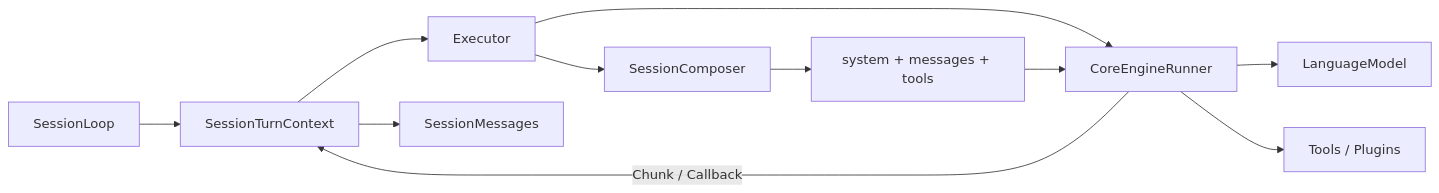
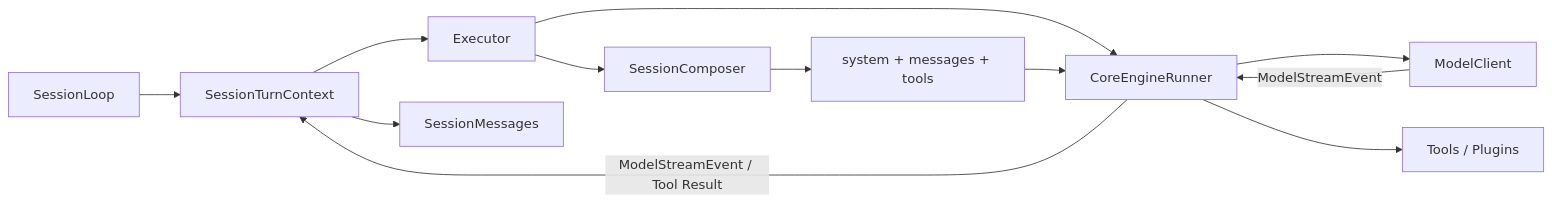
One commit to genesiscosmos/downcity changed the diagram in packages/agent/src/executor/README.md. Above: the diagram before and after it, drawn with Mermaid. The commit also changed other lines of this file and 75 other files, not shown here.

````diff
--- a/packages/agent/src/executor/README.md
+++ b/packages/agent/src/executor/README.md
@@ -18,13 +18,14 @@
 ```mermaid
 flowchart LR
     Loop["SessionLoop"] --> Context["SessionTurnContext"]
     Context --> Executor
     Executor --> Composer["SessionComposer"]
     Composer --> Input["system + messages + tools"]
     Executor --> Engine["CoreEngineRunner"]
     Input --> Engine
-    Engine --> Model["LanguageModel"]
+    Engine --> Model["ModelClient"]
     Engine --> Tools["Tools / Plugins"]
-    Engine -->|"Chunk / Callback"| Context
+    Model -->|"ModelStreamEvent"| Engine
+    Engine -->|"ModelStreamEvent / Tool Result"| Context
     Context --> Messages["SessionMessages"]
 ```
````
